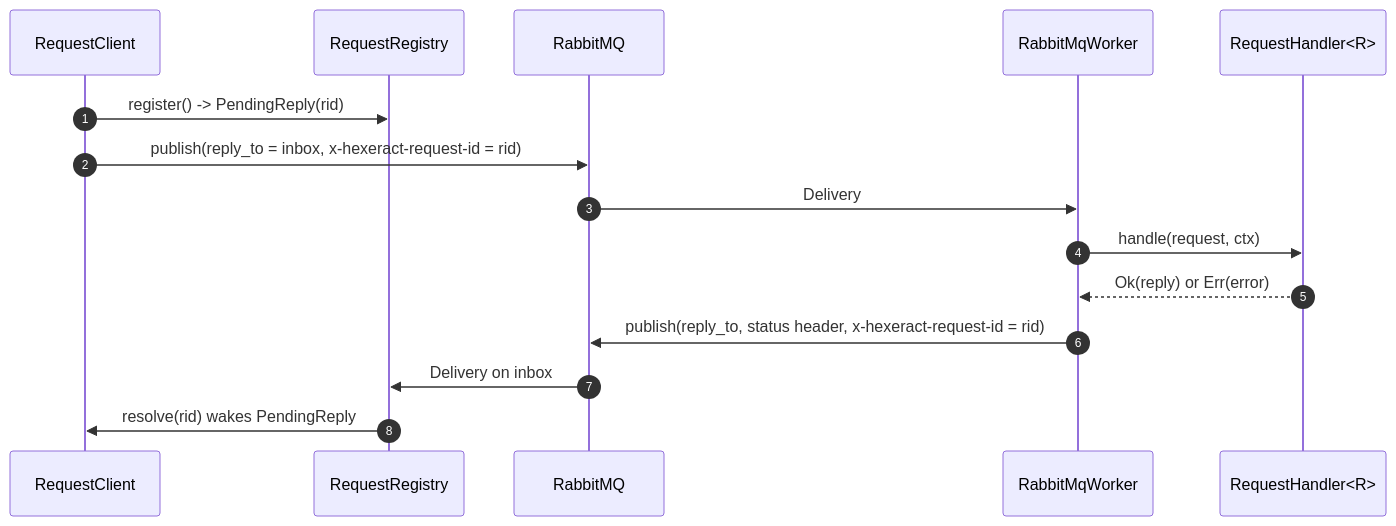
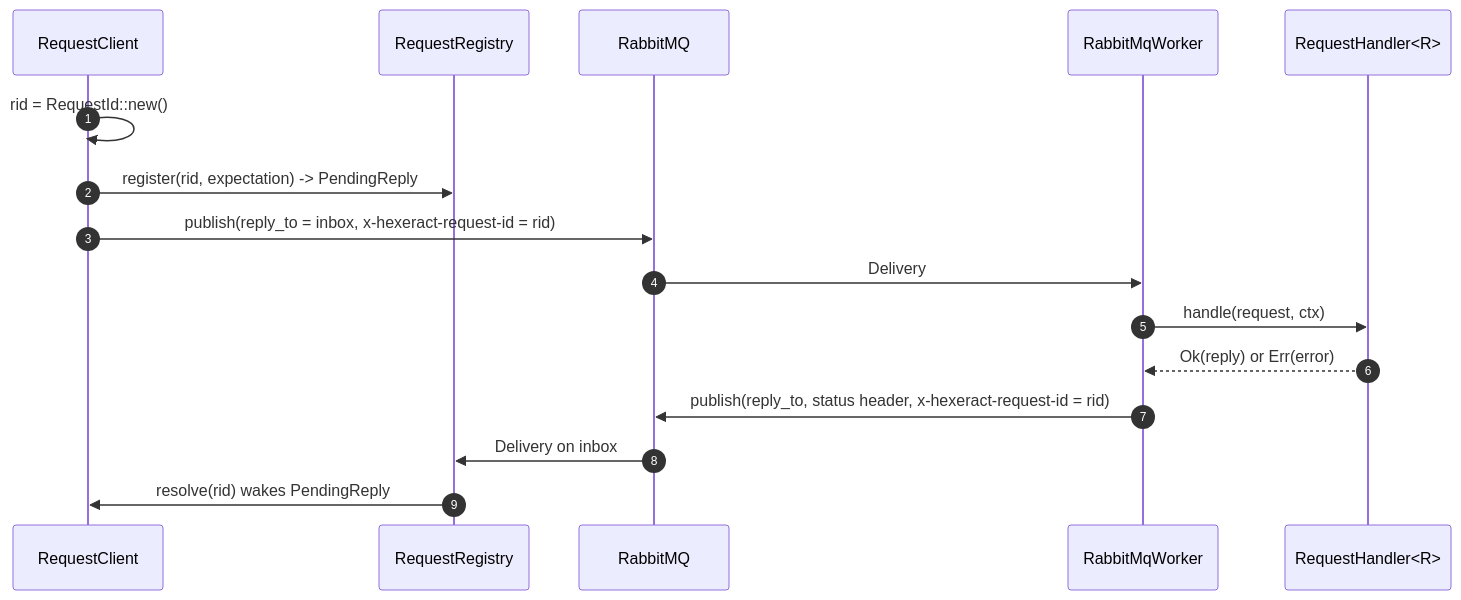
The diagram in docs/concepts/request-reply.md (nubster-opensources/hexeract), drawn with Mermaid before and after one commit. The commit also changed other lines of this file and 16 other files, not shown here.

````diff
--- a/docs/concepts/request-reply.md
+++ b/docs/concepts/request-reply.md
@@ -9,18 +9,19 @@
 ```mermaid
 sequenceDiagram
     autonumber
     participant Client as RequestClient
     participant Reg as RequestRegistry
     participant Broker as RabbitMQ
     participant Worker as RabbitMqWorker
     participant Handler as RequestHandler<R>
 
-    Client->>Reg: register() -> PendingReply(rid)
+    Client->>Client: rid = RequestId::new()
+    Client->>Reg: register(rid, expectation) -> PendingReply
     Client->>Broker: publish(reply_to = inbox, x-hexeract-request-id = rid)
     Broker->>Worker: Delivery
     Worker->>Handler: handle(request, ctx)
     Handler-->>Worker: Ok(reply) or Err(error)
     Worker->>Broker: publish(reply_to, status header, x-hexeract-request-id = rid)
     Broker->>Reg: Delivery on inbox
     Reg->>Client: resolve(rid) wakes PendingReply
 ```
````
